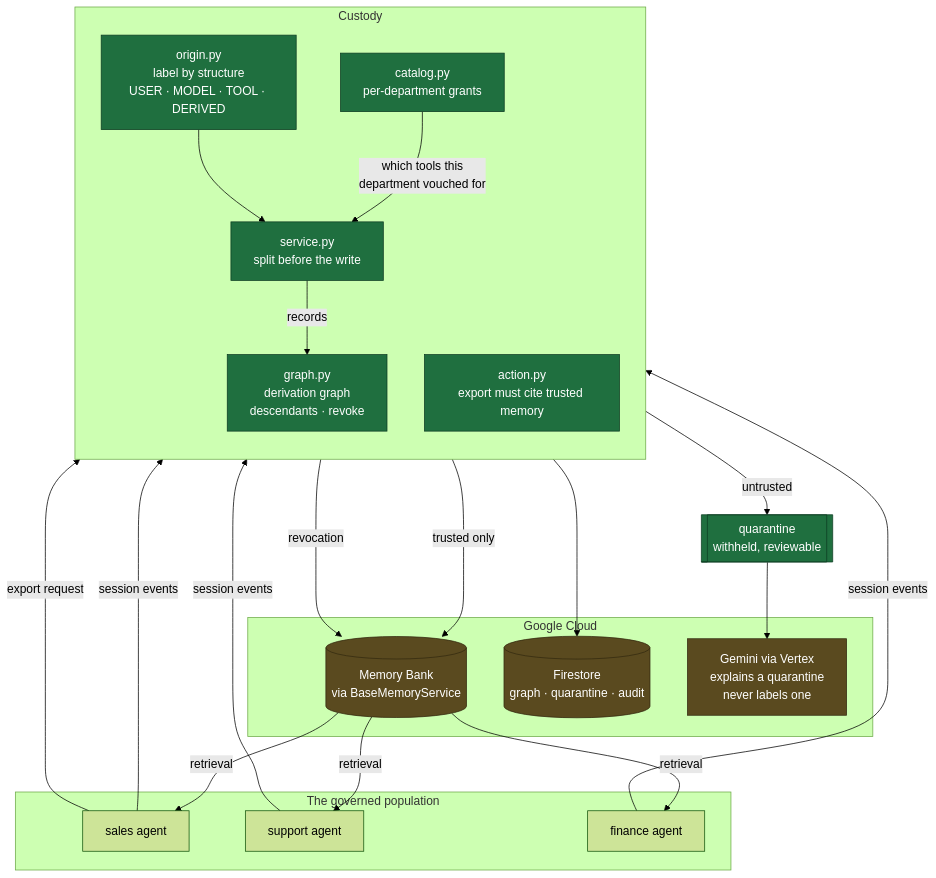
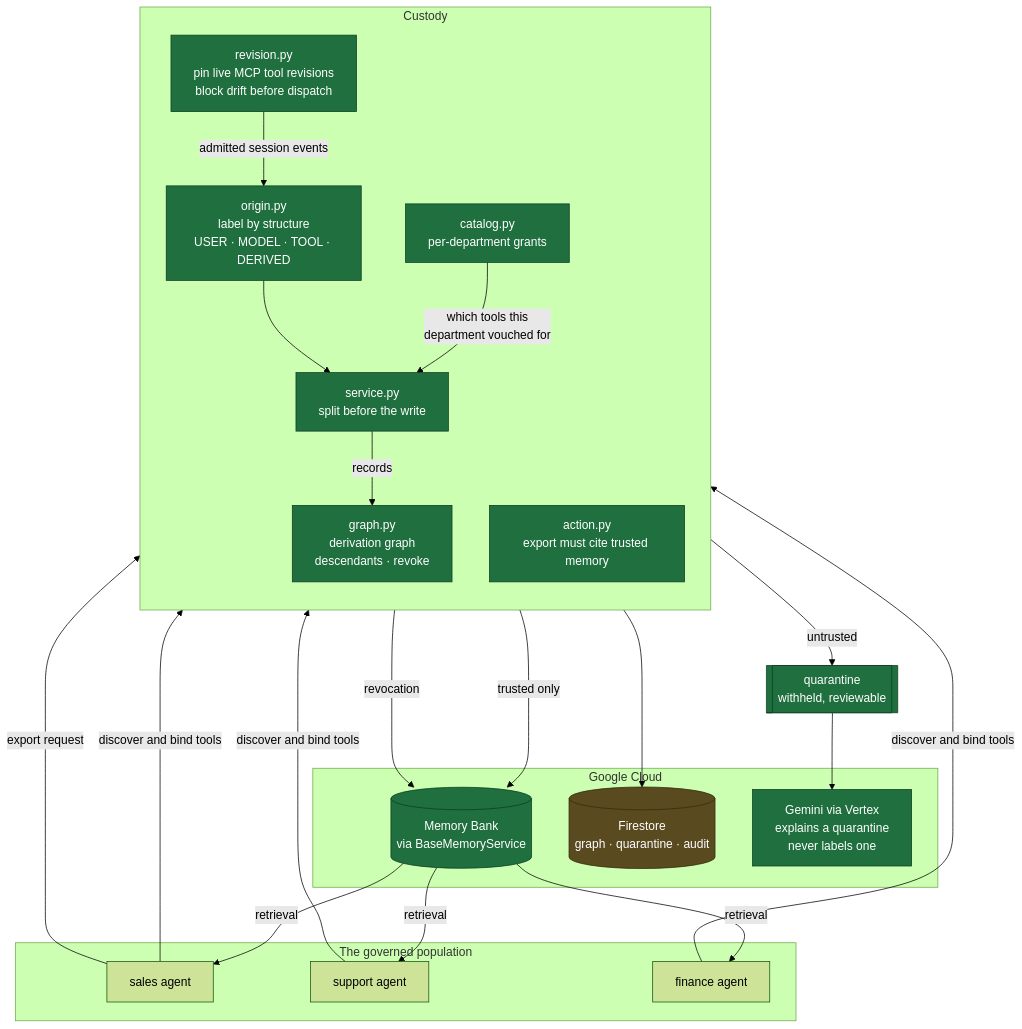
The first of 3 diagrams in docs/architecture.md (Yatsuiii/custody), drawn with Mermaid (forest theme) before and after one commit. The commit also changed other lines of this file and 43 other files, not shown here.

````diff
--- a/docs/architecture.md
+++ b/docs/architecture.md
@@ -11,42 +11,44 @@
 ```mermaid
 flowchart TB
     subgraph fleet["The governed population"]
         A1["sales agent"]
         A2["support agent"]
         A3["finance agent"]
     end
 
     subgraph custody["Custody"]
         direction TB
+        REV["revision.py<br/>pin live MCP tool revisions<br/>block drift before dispatch"]
         ORIGIN["origin.py<br/>label by structure<br/>USER · MODEL · TOOL · DERIVED"]
         SPLIT["service.py<br/>split before the write"]
         GRAPH["graph.py<br/>derivation graph<br/>descendants · revoke"]
         CAT["catalog.py<br/>per-department grants"]
         GATE["action.py<br/>export must cite trusted memory"]
     end
 
     subgraph google["Google Cloud"]
         MB[("Memory Bank<br/>via BaseMemoryService")]
         FS[("Firestore<br/>graph · quarantine · audit")]
         GEM["Gemini via Vertex<br/>explains a quarantine<br/>never labels one"]
     end
 
     QUAR[["quarantine<br/>withheld, reviewable"]]
 
-    A1 & A2 & A3 -->|"session events"| ORIGIN
+    A1 & A2 & A3 -->|"discover and bind tools"| REV
+    REV -->|"admitted session events"| ORIGIN
     ORIGIN --> SPLIT
     CAT -->|"which tools this<br/>department vouched for"| SPLIT
     SPLIT -->|"trusted only"| MB
     SPLIT -->|"untrusted"| QUAR
     SPLIT -->|"records"| GRAPH
     GRAPH --> FS
     QUAR --> GEM
     GRAPH -->|"revocation"| MB
     MB -->|"retrieval"| A1 & A2 & A3
     A1 -->|"export request"| GATE
 
     classDef built fill:#1f6f3f,stroke:#0d3d22,color:#fff
     classDef planned fill:#5a4a1f,stroke:#332a10,color:#fff
-    class ORIGIN,SPLIT,GRAPH,CAT,GATE,QUAR built
-    class MB,FS,GEM planned
+    class REV,ORIGIN,SPLIT,GRAPH,CAT,GATE,QUAR,MB,GEM built
+    class FS planned
 ```
````
